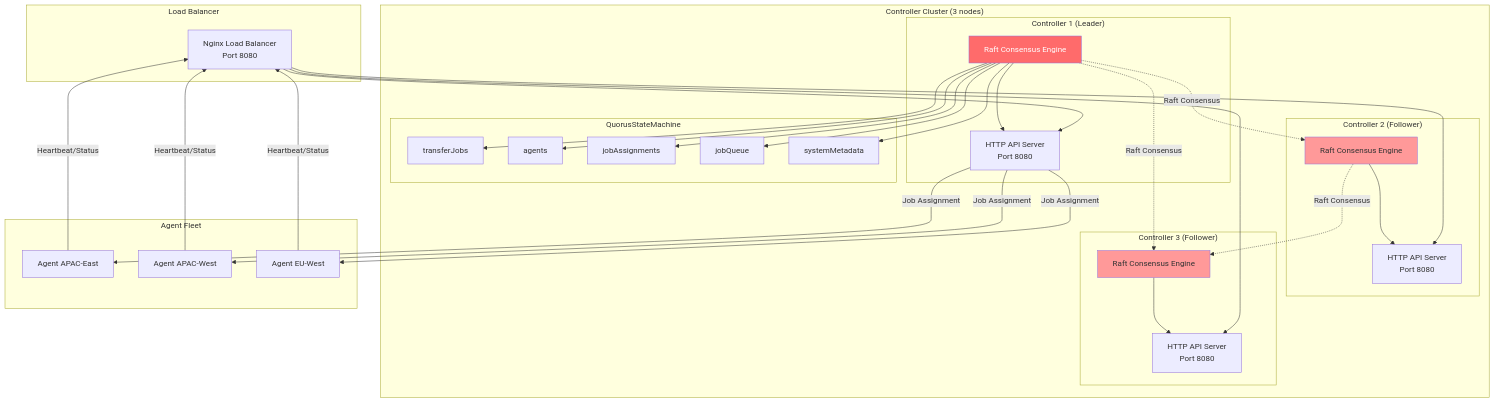
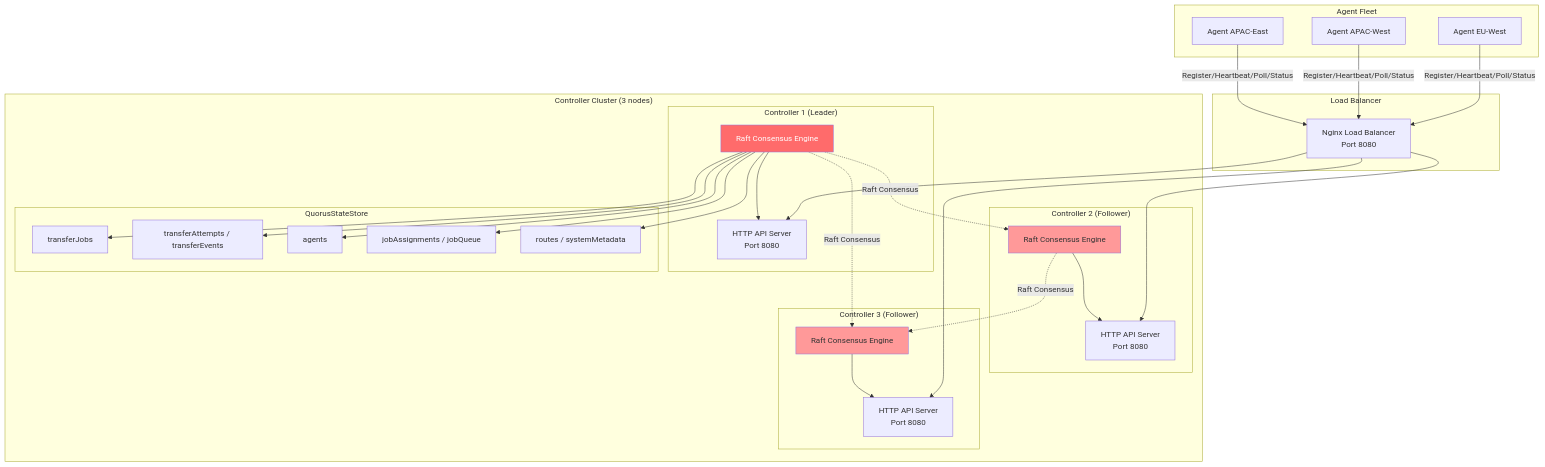
Before and after one commit to mraysmit/quorus: the third of 11 diagrams in docs-design/design/QUORUS_SYSTEM_DESIGN.md, drawn with Mermaid. The commit also changed other lines of this file and 50 other files, not shown here.

````diff
--- a/docs-design/design/QUORUS_SYSTEM_DESIGN.md
+++ b/docs-design/design/QUORUS_SYSTEM_DESIGN.md
@@ -1194,66 +597,62 @@
 ```mermaid
 graph TB
     subgraph "Load Balancer"
         LB[Nginx Load Balancer<br/>Port 8080]
     end
 
     subgraph "Controller Cluster (3 nodes)"
         subgraph "Controller 1 (Leader)"
             C1_RAFT[Raft Consensus Engine]
             C1_HTTP[HTTP API Server<br/>Port 8080]
             C1_RAFT --> C1_HTTP
         end
 
         subgraph "Controller 2 (Follower)"
             C2_RAFT[Raft Consensus Engine]
             C2_HTTP[HTTP API Server<br/>Port 8080]
             C2_RAFT --> C2_HTTP
         end
 
         subgraph "Controller 3 (Follower)"
             C3_RAFT[Raft Consensus Engine]
             C3_HTTP[HTTP API Server<br/>Port 8080]
             C3_RAFT --> C3_HTTP
         end
 
         C1_RAFT -.->|Raft Consensus| C2_RAFT
         C1_RAFT -.->|Raft Consensus| C3_RAFT
         C2_RAFT -.->|Raft Consensus| C3_RAFT
 
-        subgraph "QuorusStateMachine"
+        subgraph "QuorusStateStore"
             RS1[transferJobs]
-            RS2[agents]
-            RS3[jobAssignments]
-            RS4[jobQueue]
-            RS5[systemMetadata]
+            RS2[transferAttempts / transferEvents]
+            RS3[agents]
+            RS4[jobAssignments / jobQueue]
+            RS5[routes / systemMetadata]
         end
 
         C1_RAFT --> RS1
         C1_RAFT --> RS2
         C1_RAFT --> RS3
         C1_RAFT --> RS4
         C1_RAFT --> RS5
     end
 
     LB --> C1_HTTP
     LB --> C2_HTTP
     LB --> C3_HTTP
 
     subgraph "Agent Fleet"
         A1[Agent APAC-East]
         A2[Agent APAC-West]
         A3[Agent EU-West]
     end
 
-    C1_HTTP -->|Job Assignment| A1
-    C1_HTTP -->|Job Assignment| A2
-    C1_HTTP -->|Job Assignment| A3
-
-    A1 -->|Heartbeat/Status| LB
-    A2 -->|Heartbeat/Status| LB
-    A3 -->|Heartbeat/Status| LB
+    A1 -->|Register/Heartbeat/Poll/Status| LB
+    A2 -->|Register/Heartbeat/Poll/Status| LB
+    A3 -->|Register/Heartbeat/Poll/Status| LB
 
     style C1_RAFT fill:#ff6b6b,color:#fff
     style C2_RAFT fill:#ff9999
     style C3_RAFT fill:#ff9999
 ```
````
